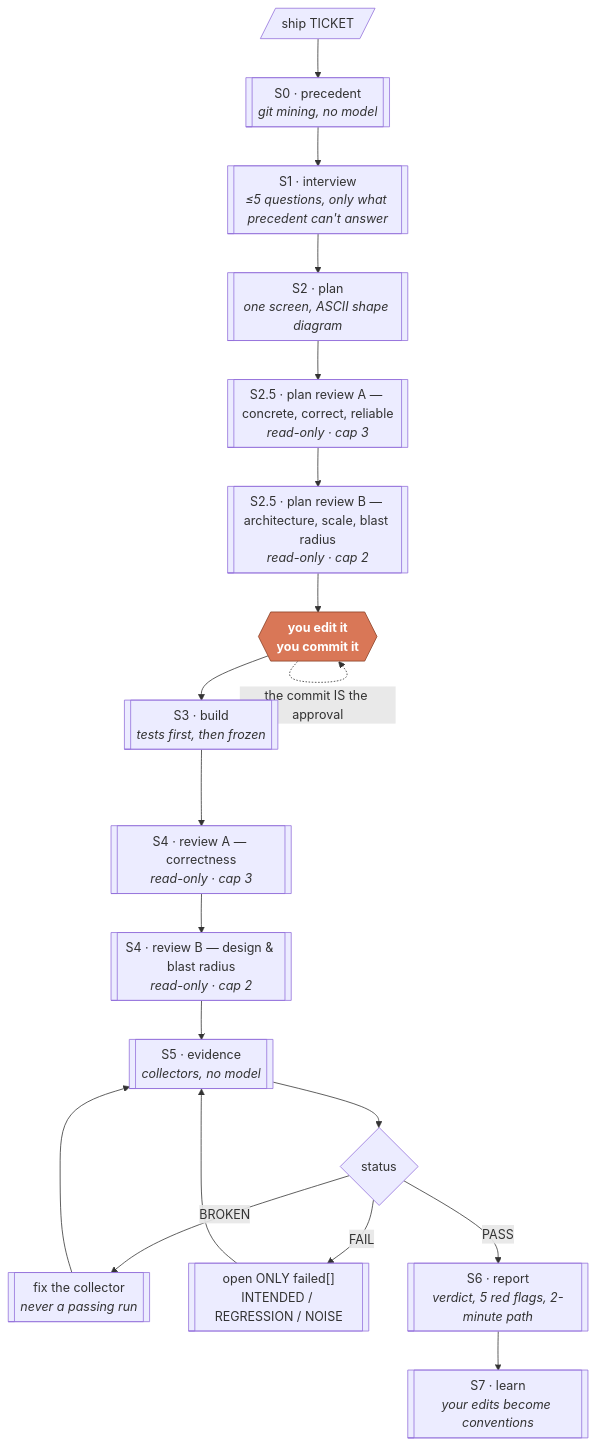
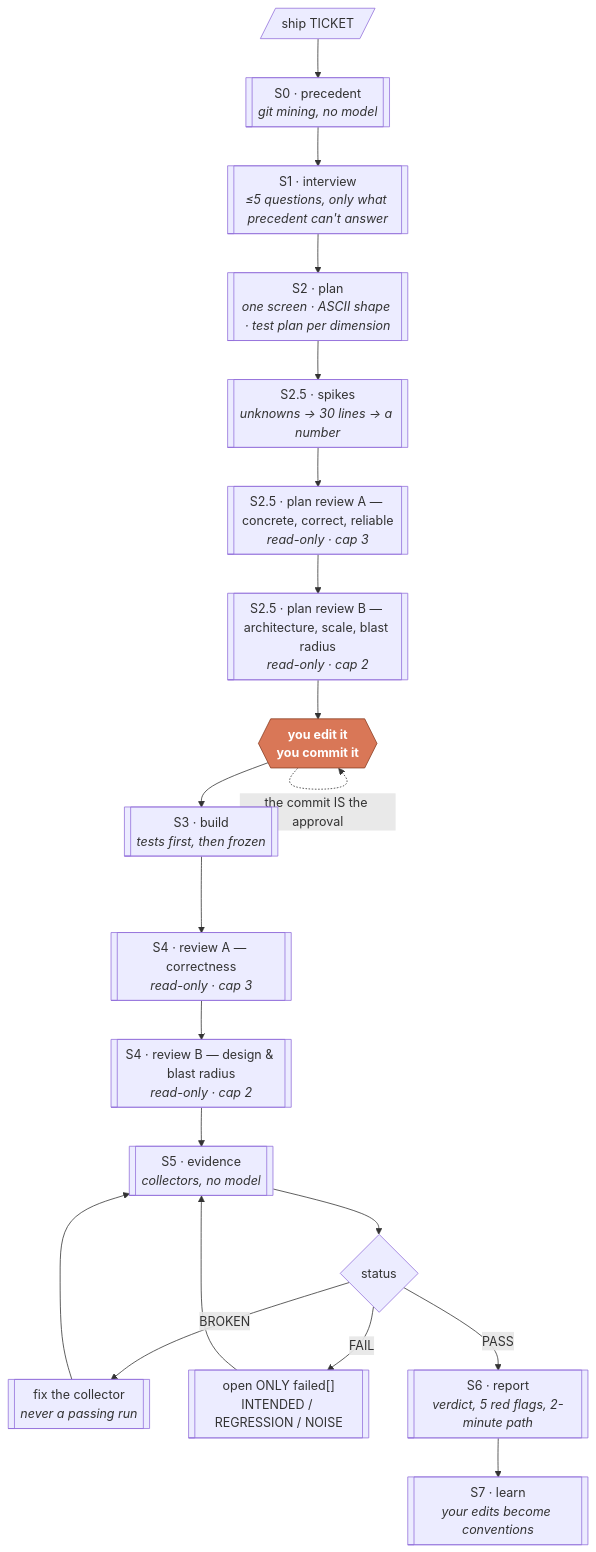
The diagram in README.md (aryanmehrotra/ship-harness), drawn with Mermaid before and after one commit. The commit also changed other lines of this file and 16 other files, not shown here.

````diff
--- a/README.md
+++ b/README.md
@@ -41,25 +41,26 @@
 ```mermaid
 flowchart TD
     A[/ship TICKET/] --> S0
     S0[["S0 · precedent<br/><i>git mining, no model</i>"]] --> S1
     S1[["S1 · interview<br/><i>≤5 questions, only what precedent can't answer</i>"]] --> S2
-    S2[["S2 · plan<br/><i>one screen, ASCII shape diagram</i>"]] --> S25A
+    S2[["S2 · plan<br/><i>one screen · ASCII shape · test plan per dimension</i>"]] --> SPK
+    SPK[["S2.5 · spikes<br/><i>unknowns → 30 lines → a number</i>"]] --> S25A
     S25A[["S2.5 · plan review A — concrete, correct, reliable<br/><i>read-only · cap 3</i>"]] --> S25B
     S25B[["S2.5 · plan review B — architecture, scale, blast radius<br/><i>read-only · cap 2</i>"]] --> GATE
 
     GATE{{"you edit it<br/>you commit it"}}:::gate --> S3
     GATE -. "the commit IS the approval" .-> GATE
 
     S3[["S3 · build<br/><i>tests first, then frozen</i>"]] --> S4
     S4[["S4 · review A — correctness<br/><i>read-only · cap 3</i>"]] --> S4B
     S4B[["S4 · review B — design & blast radius<br/><i>read-only · cap 2</i>"]] --> S5
     S5[["S5 · evidence<br/><i>collectors, no model</i>"]] --> D
     D{status}
     D -- BROKEN --> F[["fix the collector<br/><i>never a passing run</i>"]] --> S5
     D -- FAIL --> G[["open ONLY failed[]<br/>INTENDED / REGRESSION / NOISE"]] --> S5
     D -- PASS --> S6
     S6[["S6 · report<br/><i>verdict, 5 red flags, 2-minute path</i>"]] --> S7
     S7[["S7 · learn<br/><i>your edits become conventions</i>"]]
 
     classDef gate fill:#d97757,stroke:#8a3f24,color:#fff,font-weight:bold
 ```
````
